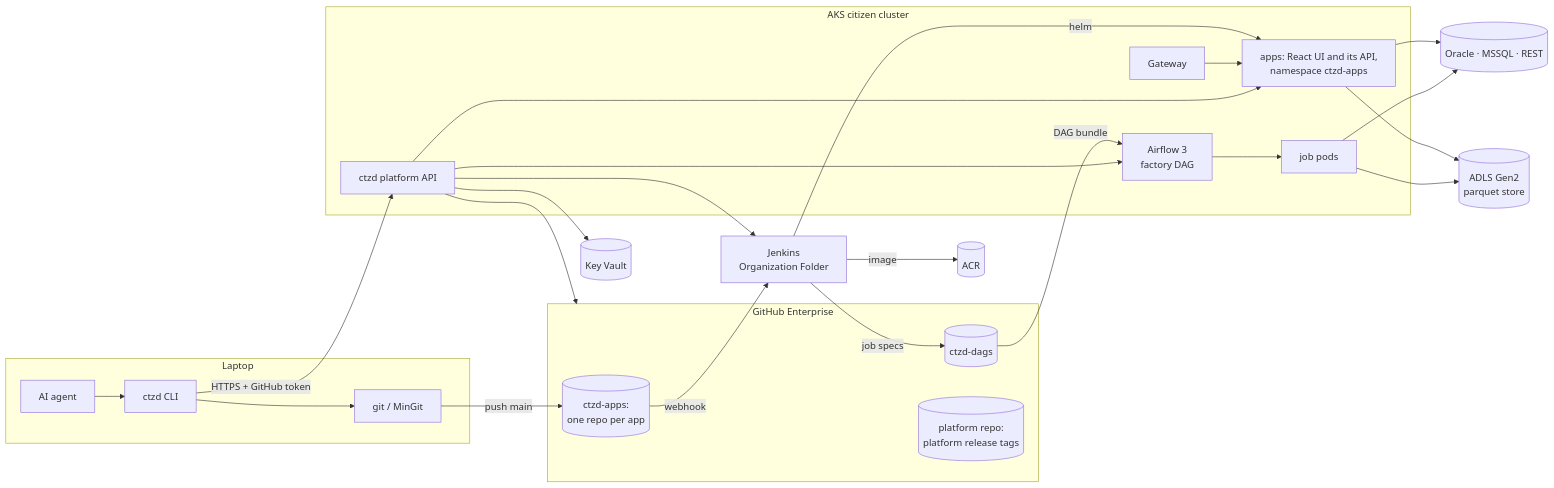
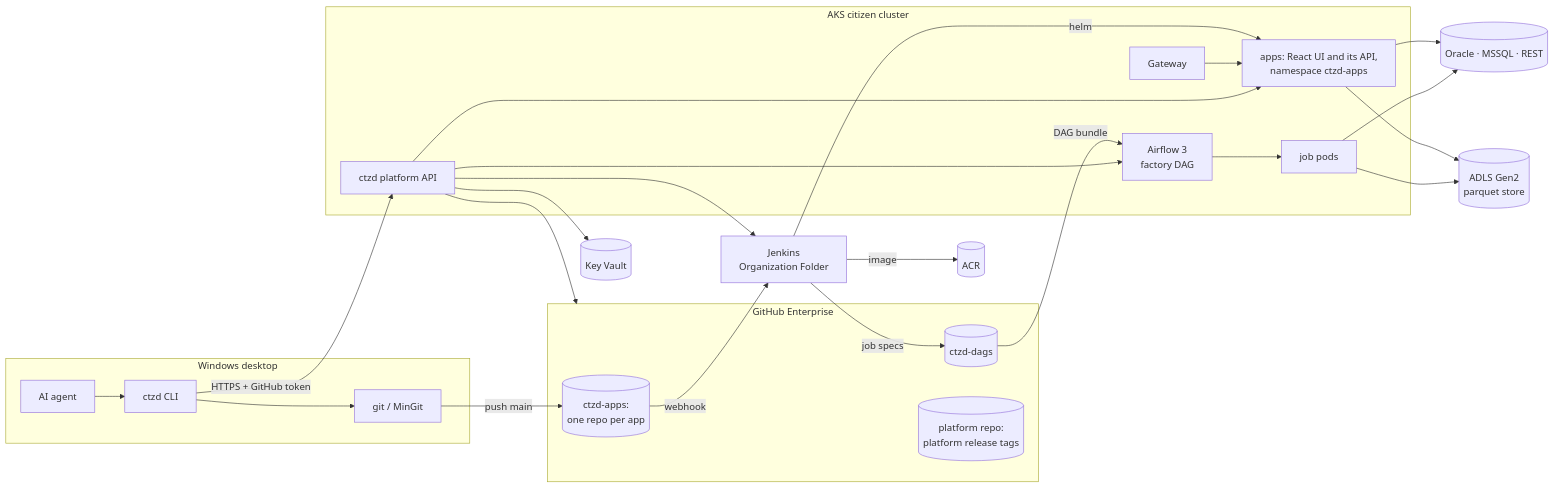
The first of 2 diagrams in docs/plan.md (jacobragsdale/ctzd), drawn with Mermaid before and after one commit. The commit also changed other lines of this file and 19 other files, not shown here.

````diff
--- a/docs/plan.md
+++ b/docs/plan.md
@@ -52,30 +52,30 @@
 ```mermaid
 flowchart LR
-  subgraph laptop[Laptop]
+  subgraph desktop[Windows desktop]
     agent[AI agent] --> cli[ctzd CLI]
     cli --> git[git / MinGit]
   end
   subgraph ghe[GitHub Enterprise]
     repo[(ctzd-apps:<br/>one repo per app)]
     dags[(ctzd-dags)]
     releases[(platform repo:<br/>platform release tags)]
   end
   subgraph aks[AKS citizen cluster]
     api[ctzd platform API]
     gw[Gateway]
     apps[apps: React UI and its API,<br/>namespace ctzd-apps]
     airflow[Airflow 3<br/>factory DAG]
     pods[job pods]
   end
   git -- push main --> repo
   repo -- webhook --> jenkins[Jenkins<br/>Organization Folder]
   jenkins -- image --> acr[(ACR)]
   jenkins -- helm --> apps
   jenkins -- job specs --> dags
   dags -- DAG bundle --> airflow --> pods
   gw --> apps
   cli -- HTTPS + GitHub token --> api
   api --> ghe & jenkins & airflow & apps & kv[(Key Vault)]
   apps & pods --> sources[(Oracle · MSSQL · REST)]
   apps & pods --> store[(ADLS Gen2<br/>parquet store)]
 ```
````
